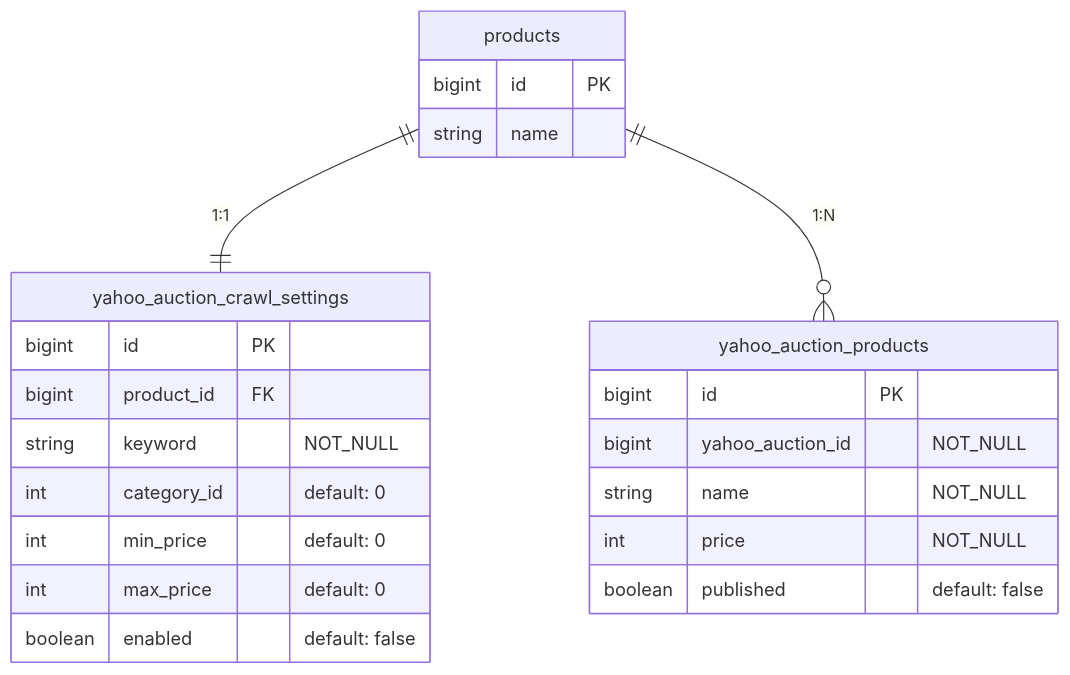
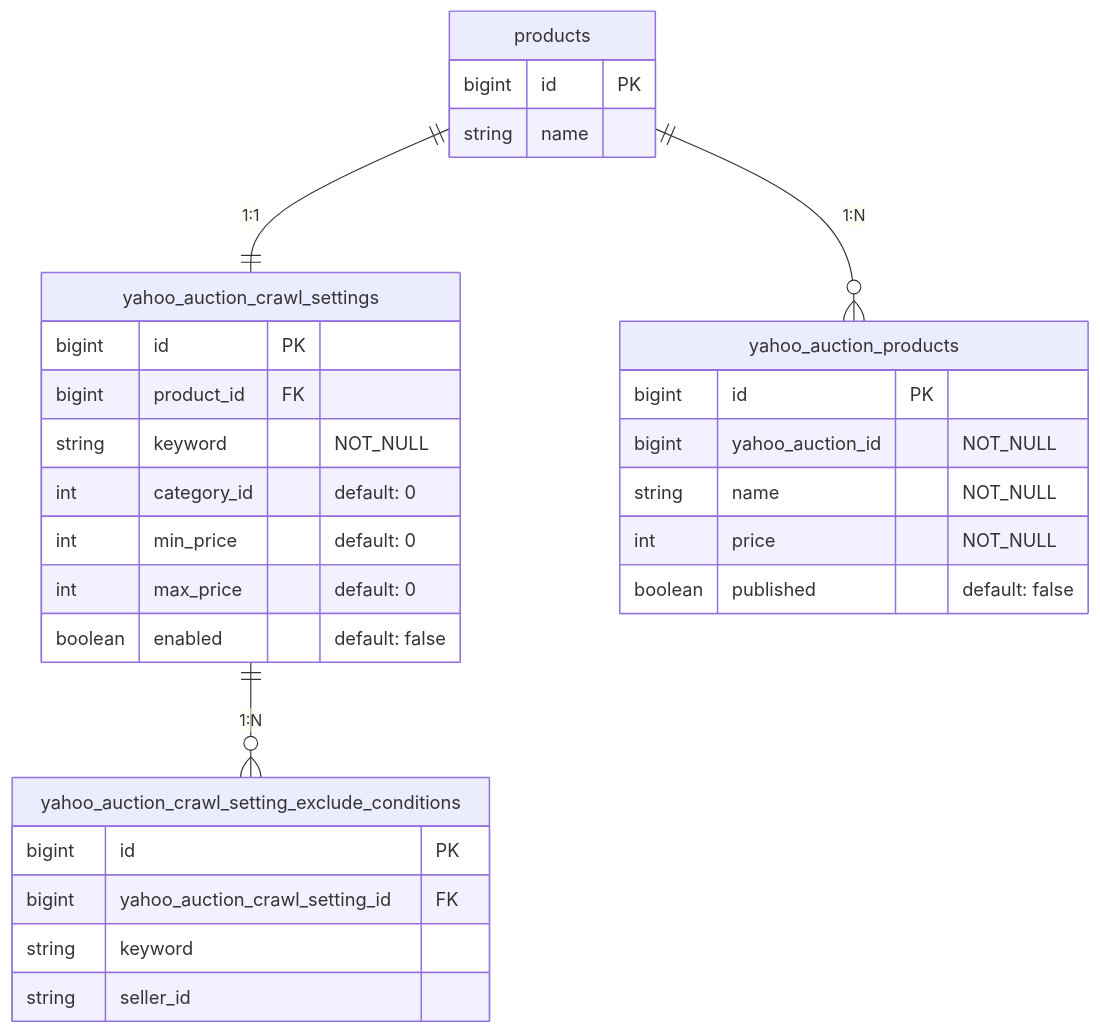
The second of 3 diagrams in README.md (kuroweb/price-monitoring), drawn with Mermaid before and after one commit.

Commit message:
docs: ER更新

````diff
--- a/README.md
+++ b/README.md
@@ -74,26 +74,33 @@
 ```mermaid
 erDiagram
   products {
     bigint id PK
     string name
   }
   yahoo_auction_crawl_settings {
     bigint id PK
     bigint product_id FK
     string keyword "NOT_NULL"
     int category_id "default: 0"
     int min_price "default: 0"
     int max_price "default: 0"
     boolean enabled "default: false"
   }
+  yahoo_auction_crawl_setting_exclude_conditions {
+    bigint id PK
+    bigint yahoo_auction_crawl_setting_id FK
+    string keyword
+    string seller_id
+  }
   yahoo_auction_products {
     bigint id PK
     bigint yahoo_auction_id "NOT_NULL"
     string name "NOT_NULL"
     int price "NOT_NULL"
     boolean published "default: false"
   }
 
   products ||--|| yahoo_auction_crawl_settings : "1:1"
+  yahoo_auction_crawl_settings ||--o{ yahoo_auction_crawl_setting_exclude_conditions : "1:N"
   products ||--o{ yahoo_auction_products : "1:N"
 ```
````
